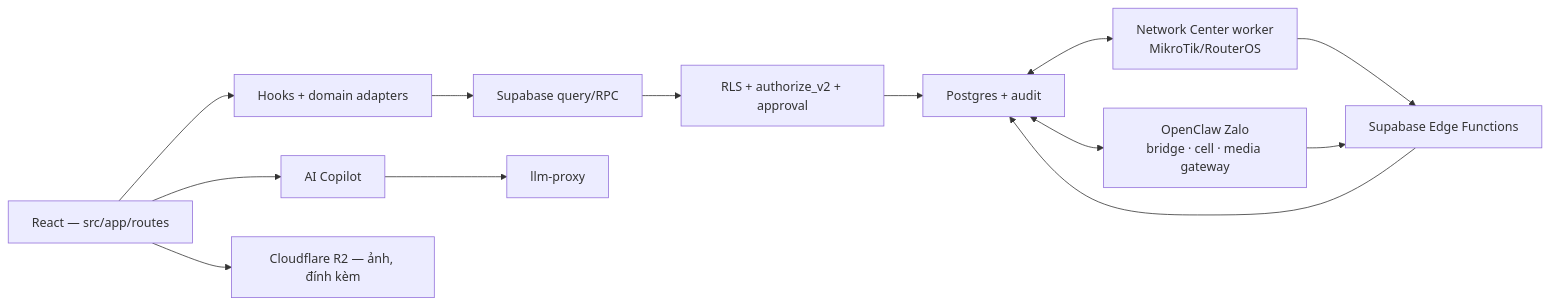
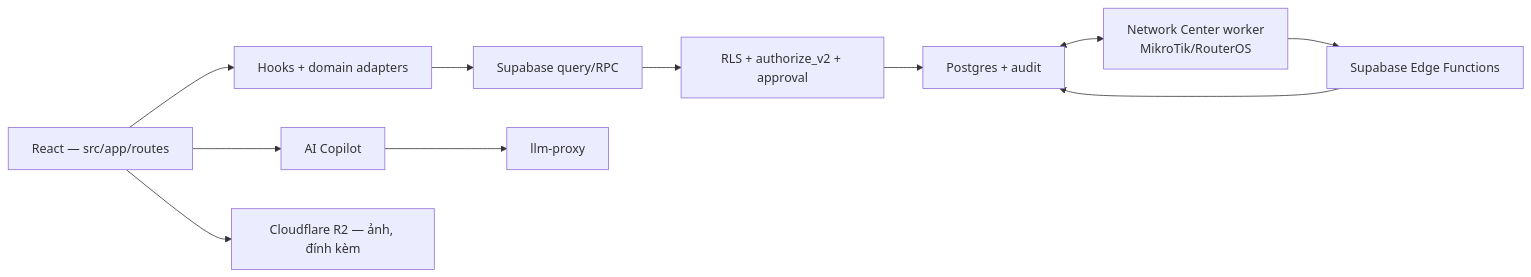
One commit to zxGreenxz/whiteboard-ihomecrm changed the diagram in docs/he-thong/00-tong-quan.md. Above: the diagram before and after it, drawn with Mermaid. The commit also changed other lines of this file and 713 other files, not shown here.

````diff
--- a/docs/he-thong/00-tong-quan.md
+++ b/docs/he-thong/00-tong-quan.md
@@ -9,15 +9,13 @@
 ```mermaid
 flowchart LR
   UI["React — src/app/routes"] --> H["Hooks + domain adapters"]
   H --> RPC["Supabase query/RPC"]
   RPC --> AUTH["RLS + authorize_v2 + approval"]
   AUTH --> DB["Postgres + audit"]
   UI --> CP["AI Copilot"]
   CP --> LLM["llm-proxy"]
   UI --> R2["Cloudflare R2 — ảnh, đính kèm"]
   DB <--> NC["Network Center worker<br/>MikroTik/RouterOS"]
-  DB <--> OC["OpenClaw Zalo<br/>bridge · cell · media gateway"]
   EF["Supabase Edge Functions"] --> DB
   NC --> EF
-  OC --> EF
 ```
````
